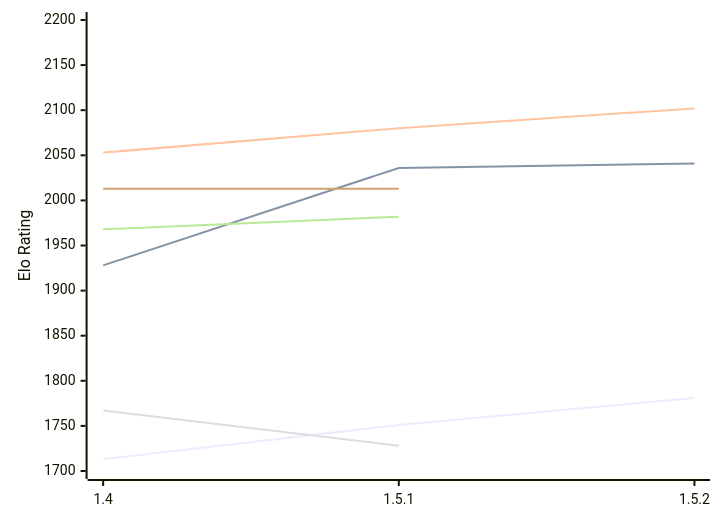
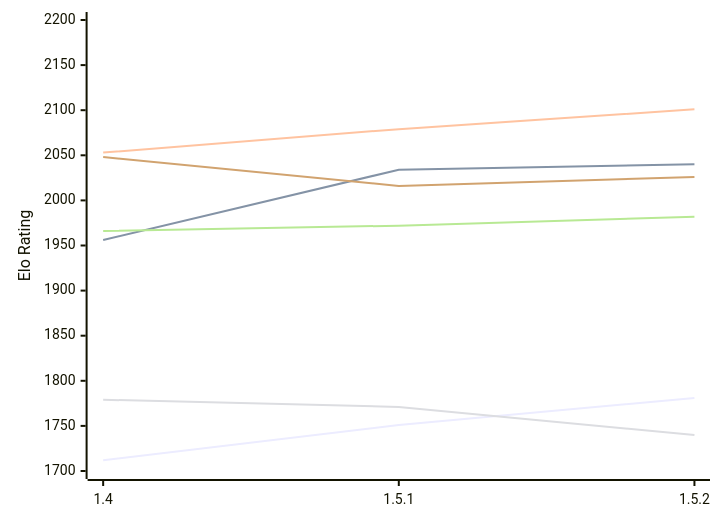
The diagram in engines/Jace.md (computer-chess-index/cci), drawn with Mermaid before and after one commit. The commit also changed other lines of this file, not shown here.

Commit message:
Update CCI Ratings (ELO VLTC) - 2026-11-23

````diff
--- a/engines/Jace.md
+++ b/engines/Jace.md
@@ -50,12 +51,12 @@
 ```mermaid
 %%{init: {"theme":"base","themeVariables":{"seriesColors:['#a3a3a3','#222221','#faa371']}}}%%
 xychart-beta
   x-axis ["1.4", "1.5.1", "1.5.2"]
   y-axis "Elo Rating" 1700 --> 2200
-  line "E1: STC (8.0+0.08s)" [1713, 1751, 1781]
-  line "E1: LTC (60.0+0.60s)" [1928, 2036, 2041]
-  line "E1: VLTC (2m24s+1.12s)" [2053, 2080, 2102]
-  line "P1: STC (8.0+0.08s)" [1767, 1728]
-  line "P1: LTC (60.0+0.60s)" [1968, 1982]
-  line "P1: VLTC (2m24s+1.12s)" [2013, 2013]
+  line "E1: STC (8.0+0.08s)" [1712, 1751, 1781]
+  line "E1: LTC (60.0+0.60s)" [1956, 2034, 2040]
+  line "E1: VLTC (2m24s+1.12s)" [2053, 2079, 2101]
+  line "P1: STC (8.0+0.08s)" [1779, 1771, 1740]
+  line "P1: LTC (60.0+0.60s)" [1966, 1972, 1982]
+  line "P1: VLTC (2m24s+1.12s)" [2048, 2016, 2026]
 ```
````
